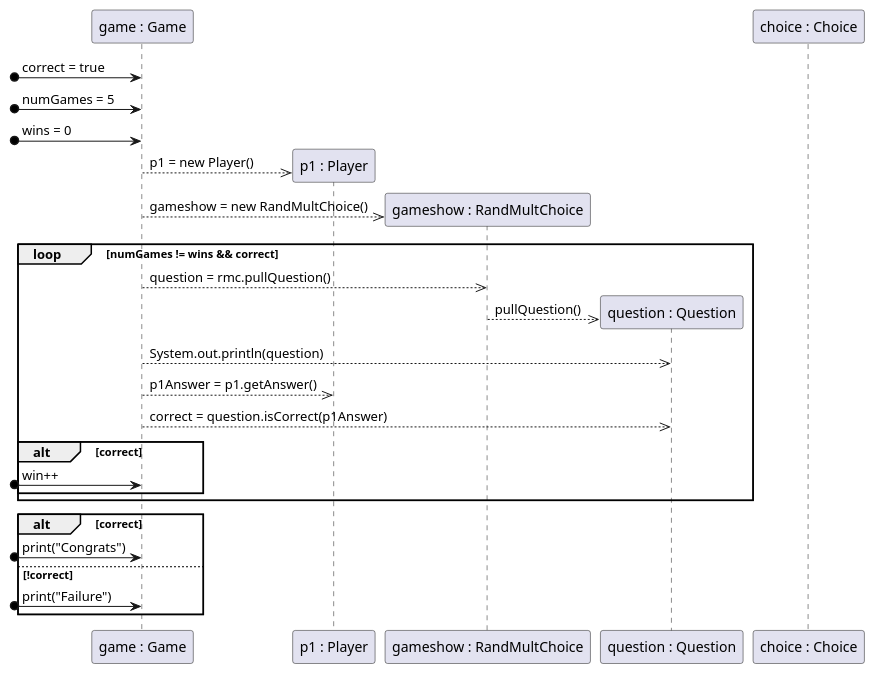
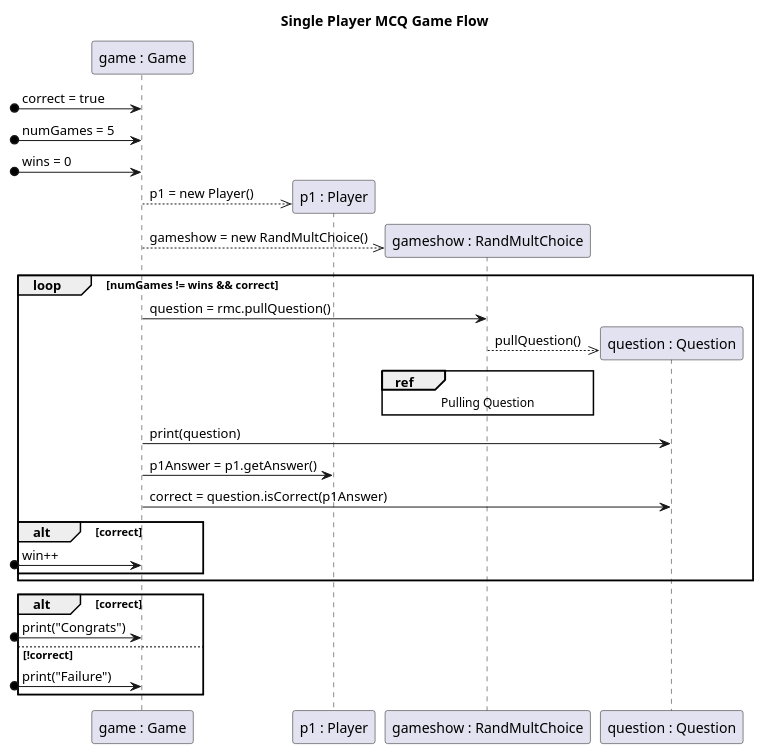
Before and after one commit to aczar09/Trivia-Game-Android: the second of 4 diagrams in doc/design.md, drawn with PlantUML. The commit also changed other lines of this file, not shown here.

Commit message:
Added new sequence diagrams describing question retrieval

````diff
--- a/doc/design.md
+++ b/doc/design.md
@@ -45,33 +46,35 @@
 ```plantuml
 @startuml
+title:Single Player MCQ Game Flow
 participant "game : Game" as g
-
-
 participant "p1 : Player" as p1
 participant "gameshow : RandMultChoice" as rmc
 participant "question : Question" as q
-participant "choice : Choice" as c
 [o-> g: correct = true
 [o-> g: numGames = 5
 [o-> g: wins = 0
 g -->> p1 **: p1 = new Player()
 g -->> rmc **: gameshow = new RandMultChoice()
 loop numGames != wins && correct
-g -->> rmc : question = rmc.pullQuestion()
+g -> rmc : question = rmc.pullQuestion()
 rmc -->> q **: pullQuestion()
-g -->> q: System.out.println(question)
-g -->> p1 : p1Answer = p1.getAnswer()
-g -->> q: correct = question.isCorrect(p1Answer)
+ref over rmc
+Pulling Question
+end ref
+g -> q: print(question)
+g -> p1 : p1Answer = p1.getAnswer()
+g -> q: correct = question.isCorrect(p1Answer)
 alt correct
 [o-> g : win++
 end
 end
 
 alt correct
 [o-> g : print("Congrats")
 else !correct
 [o-> g : print("Failure")
 end
+
 @enduml
 
 ```
````
